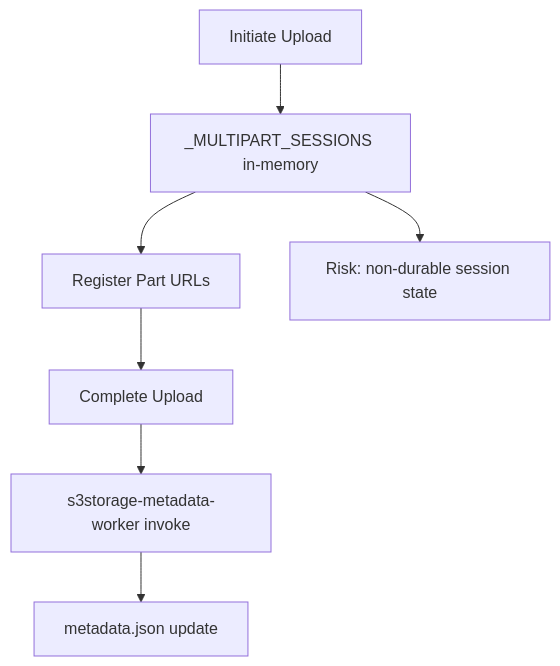
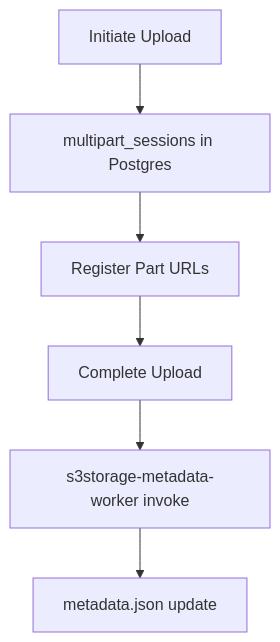
Before and after one commit to thekoushikdurgas/docsai: diagram 57 of 59 in docs/flowchart.md, drawn with Mermaid. The commit also changed other lines of this file and 4763 other files, not shown here.

````diff
--- a/docs/flowchart.md
+++ b/docs/flowchart.md
@@ -1168,9 +1176,8 @@
 ```mermaid
 flowchart TD
-  Init[Initiate Upload] --> Sess[_MULTIPART_SESSIONS in-memory]
+  Init[Initiate Upload] --> Sess[multipart_sessions in Postgres]
   Sess --> Part[Register Part URLs]
   Part --> Complete[Complete Upload]
   Complete --> Worker[s3storage-metadata-worker invoke]
   Worker --> Meta[metadata.json update]
-  Sess --> Risk[Risk: non-durable session state]
 ```
````
